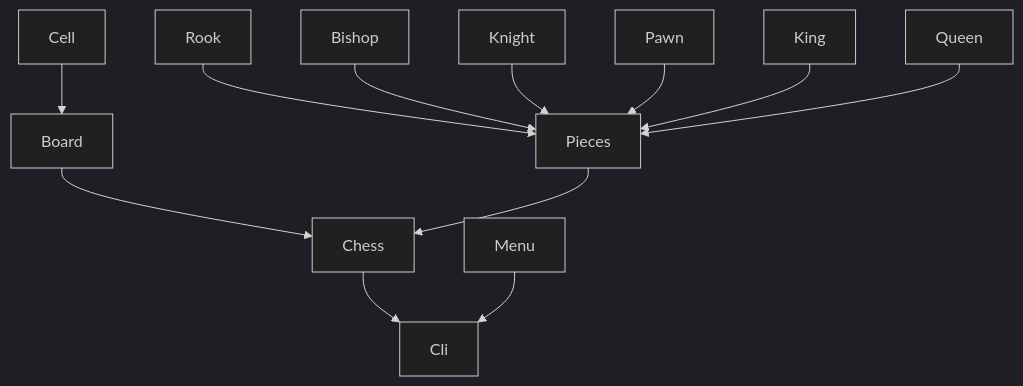
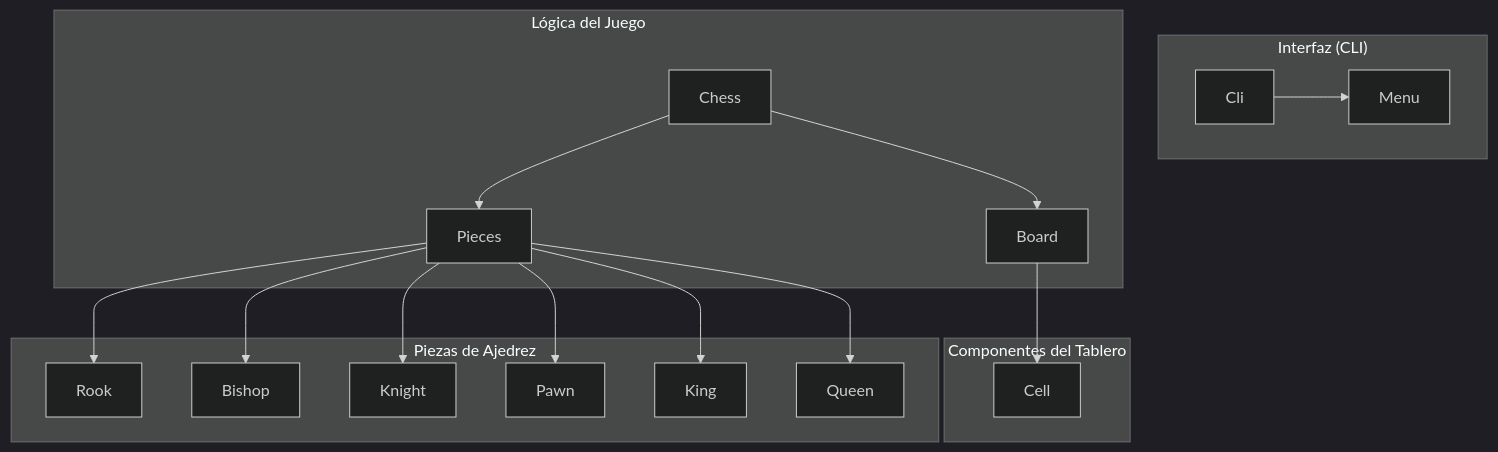
The diagram in README.md (um-computacion-tm/ajedrez-2024-AugustoGiuffrida), drawn with Mermaid (dark theme) before and after one commit. The commit also changed other lines of this file, not shown here.

````diff
--- a/README.md
+++ b/README.md
@@ -67,14 +67,26 @@
 ```mermaid
 graph TD;
-    Cell-->Board;
-    Board-->Chess;
-    Chess-->Cli;
-    Menu-->Cli;
-    Pieces-->Chess;
-    Rook-->Pieces;
-    Bishop-->Pieces;
-    Knight-->Pieces;
-    Pawn-->Pieces;
-    King-->Pieces;
-    Queen-->Pieces;
+    
+    subgraph "Interfaz (CLI)"
+        Cli --> Menu
+    end
+
+    subgraph "Lógica del Juego"
+        Chess --> Board
+        Chess --> Pieces
+    end
+
+    subgraph "Componentes del Tablero"
+        Board --> Cell
+    end
+
+    subgraph "Piezas de Ajedrez"
+        Pieces --> Rook
+        Pieces --> Bishop
+        Pieces --> Knight
+        Pieces --> Pawn
+        Pieces --> King
+        Pieces --> Queen
+    end
+
 ```
````
